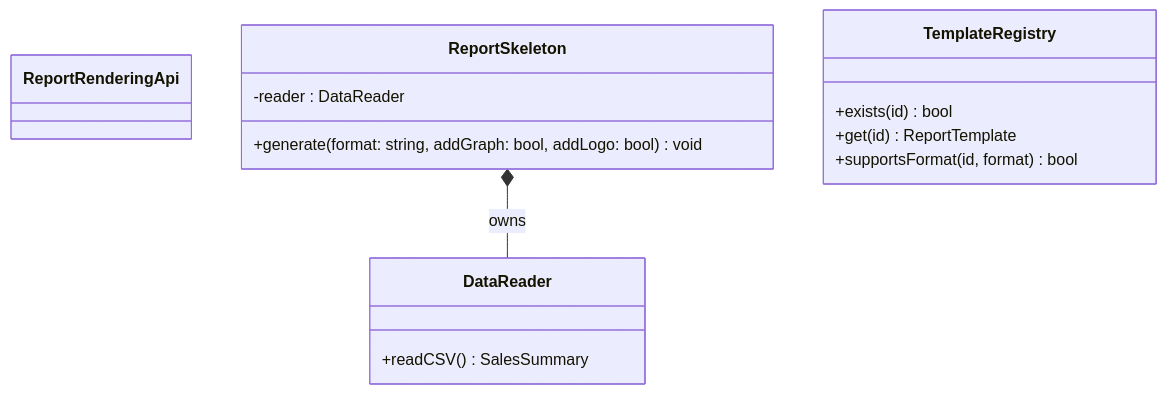
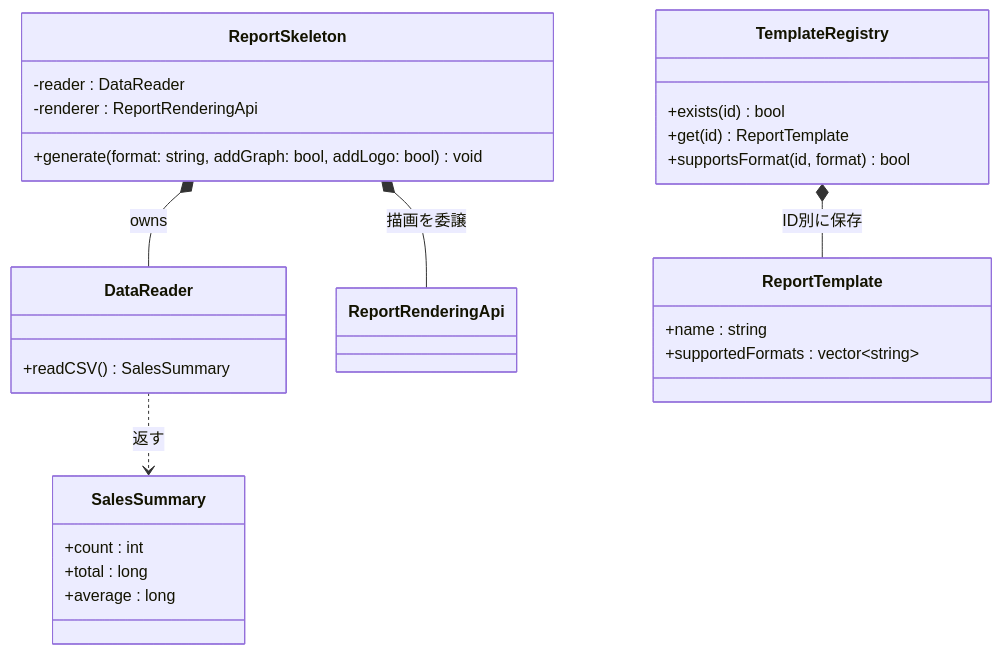
Before and after one commit to kumachan1101-pixel/DesignPattern: the third of 12 diagrams in kindle/design-patterns/output/chapter11.md, drawn with Mermaid. The commit also changed other lines of this file and 14 other files, not shown here.

Commit message:
全章の仕様図と変更対象外基盤を整合

````diff
--- a/kindle/design-patterns/output/chapter11.md
+++ b/kindle/design-patterns/output/chapter11.md
@@ -192,17 +195,30 @@
 ```mermaid
 classDiagram
     class ReportRenderingApi
+    class SalesSummary {
+        +count : int
+        +total : long
+        +average : long
+    }
+    class ReportTemplate {
+        +name : string
+        +supportedFormats : vector~string~
+    }
     class ReportSkeleton {
         -reader : DataReader
+        -renderer : ReportRenderingApi
         +generate(format: string, addGraph: bool, addLogo: bool) void
     }
     class DataReader {
         +readCSV() SalesSummary
     }
     class TemplateRegistry {
         +exists(id) bool
         +get(id) ReportTemplate
         +supportsFormat(id, format) bool
     }
     ReportSkeleton *-- DataReader : owns
+    ReportSkeleton *-- ReportRenderingApi : 描画を委譲
+    DataReader ..> SalesSummary : 返す
+    TemplateRegistry *-- ReportTemplate : ID別に保存
 ```
````
